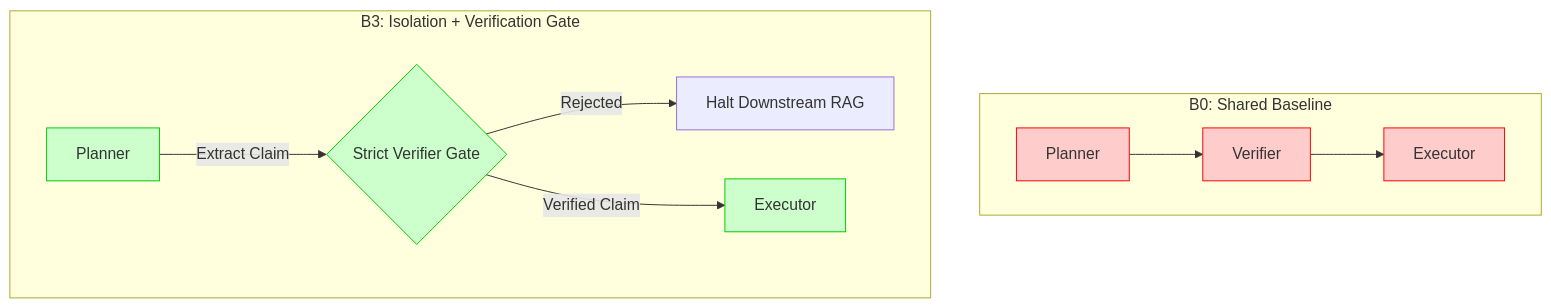
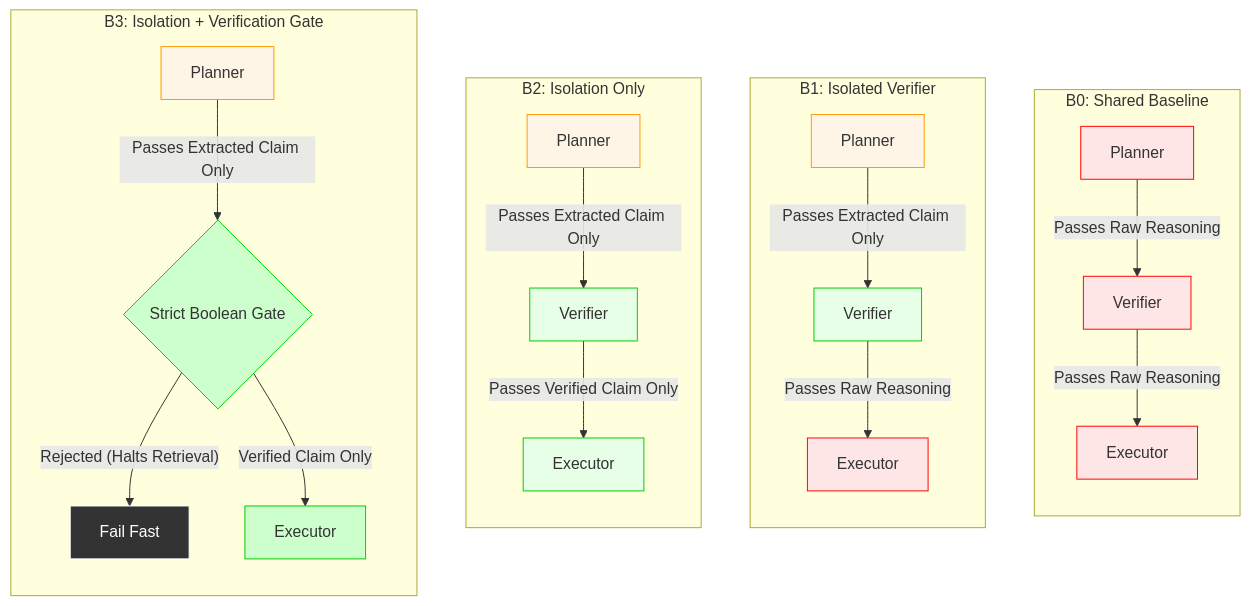
Before and after one commit to HamseMoismaila/IsoBench: the diagram in README.md, drawn with Mermaid. The commit also changed other lines of this file, not shown here.

Commit message:
docs: improve architectural diagram and remove AgentOS reference

````diff
--- a/README.md
+++ b/README.md
@@ -37,19 +37,40 @@
 ```mermaid
 graph TD
     subgraph B0: Shared Baseline
-        P0[Planner] --> V0[Verifier]
-        V0 --> E0[Executor]
-        style P0 fill:#ffcccc,stroke:#ff0000
-        style V0 fill:#ffcccc,stroke:#ff0000
-        style E0 fill:#ffcccc,stroke:#ff0000
+        direction TB
+        P0[Planner] -- "Passes Raw Reasoning" --> V0[Verifier]
+        V0 -- "Passes Raw Reasoning" --> E0[Executor]
+        style P0 fill:#ffe6e6,stroke:#ff0000
+        style V0 fill:#ffe6e6,stroke:#ff0000
+        style E0 fill:#ffe6e6,stroke:#ff0000
+    end
+
+    subgraph B1: Isolated Verifier
+        direction TB
+        P1[Planner] -- "Passes Extracted Claim Only" --> V1[Verifier]
+        V1 -- "Passes Raw Reasoning" --> E1[Executor]
+        style P1 fill:#fff5e6,stroke:#ff9900
+        style V1 fill:#e6ffe6,stroke:#00cc00
+        style E1 fill:#ffe6e6,stroke:#ff0000
+    end
+
+    subgraph B2: Isolation Only
+        direction TB
+        P2[Planner] -- "Passes Extracted Claim Only" --> V2[Verifier]
+        V2 -- "Passes Verified Claim Only" --> E2[Executor]
+        style P2 fill:#fff5e6,stroke:#ff9900
+        style V2 fill:#e6ffe6,stroke:#00cc00
+        style E2 fill:#e6ffe6,stroke:#00cc00
     end
 
     subgraph B3: Isolation + Verification Gate
-        P3[Planner] -- "Extract Claim" --> V3{Strict Verifier Gate}
-        V3 -- "Rejected" --> H[Halt Downstream RAG]
-        V3 -- "Verified Claim" --> E3[Executor]
-        style P3 fill:#ccffcc,stroke:#00cc00
+        direction TB
+        P3[Planner] -- "Passes Extracted Claim Only" --> V3{Strict Boolean Gate}
+        V3 -- "Rejected (Halts Retrieval)" --> H[Fail Fast]
+        V3 -- "Verified Claim Only" --> E3[Executor]
+        style P3 fill:#fff5e6,stroke:#ff9900
         style V3 fill:#ccffcc,stroke:#00cc00
         style E3 fill:#ccffcc,stroke:#00cc00
+        style H fill:#333333,stroke:#ffffff,color:#ffffff
     end
 ```
````
